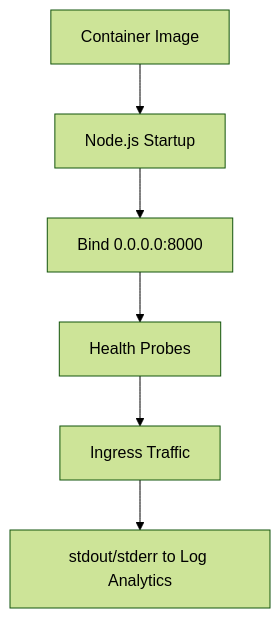
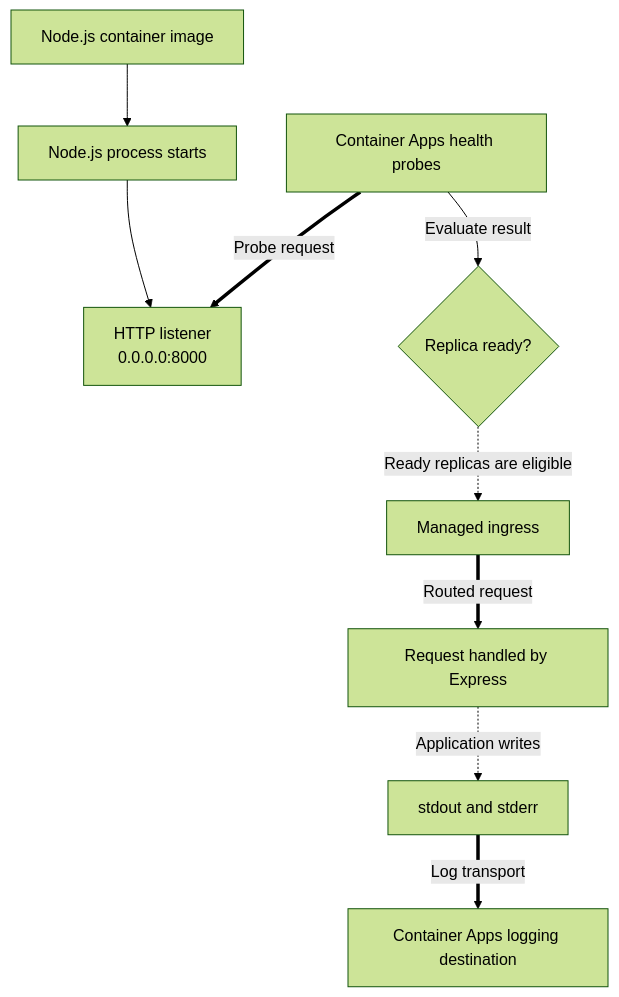
The diagram in docs/language-guides/nodejs/nodejs-runtime.md (yeongseon/azure-container-apps-practical-guide), drawn with Mermaid (forest theme) before and after one commit. The commit also changed other lines of this file and 22 other files, not shown here.

Commit message:
docs(diagrams): migrate language navigation and .NET recipe diagrams

````diff
--- a/docs/language-guides/nodejs/nodejs-runtime.md
+++ b/docs/language-guides/nodejs/nodejs-runtime.md
@@ -18,8 +18,22 @@
 ```mermaid
 flowchart TD
-    IMG[Container Image] --> BOOT[Node.js Startup]
-    BOOT --> PORT[Bind 0.0.0.0:8000]
-    PORT --> PROBE[Health Probes]
-    PROBE --> TRAFFIC[Ingress Traffic]
-    TRAFFIC --> LOGS[stdout/stderr to Log Analytics]
+    accTitle: Node.js runtime execution model in Container Apps
+    accDescr: A revision starts the container image and Node.js listener. Platform health probes determine readiness, managed ingress routes requests to a ready replica, and console output is collected for logging.
+    IMAGE[Node.js container image]
+    START[Node.js process starts]
+    LISTEN[HTTP listener<br/>0.0.0.0:8000]
+    PROBES[Container Apps health probes]
+    READY{Replica ready?}
+    INGRESS[Managed ingress]
+    REQUEST[Request handled by Express]
+    CONSOLE[stdout and stderr]
+    LOGS[Container Apps logging destination]
+
+    IMAGE --> START --> LISTEN
+    PROBES ==>|"Probe request"| LISTEN
+    PROBES -->|"Evaluate result"| READY
+    READY -.->|"Ready replicas are eligible"| INGRESS
+    INGRESS ==>|"Routed request"| REQUEST
+    REQUEST -.->|"Application writes"| CONSOLE
+    CONSOLE ==>|"Log transport"| LOGS
 ```
````
